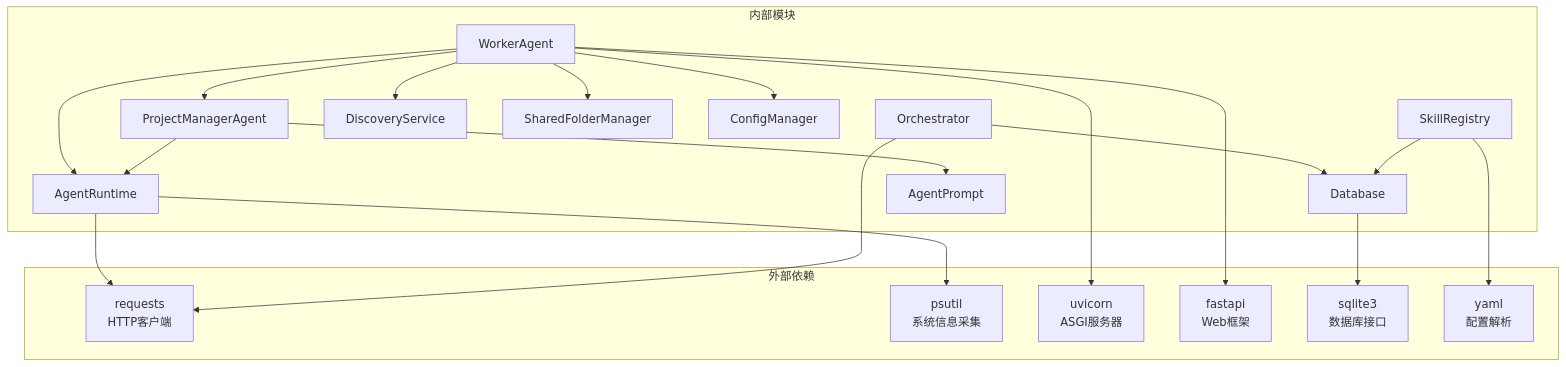
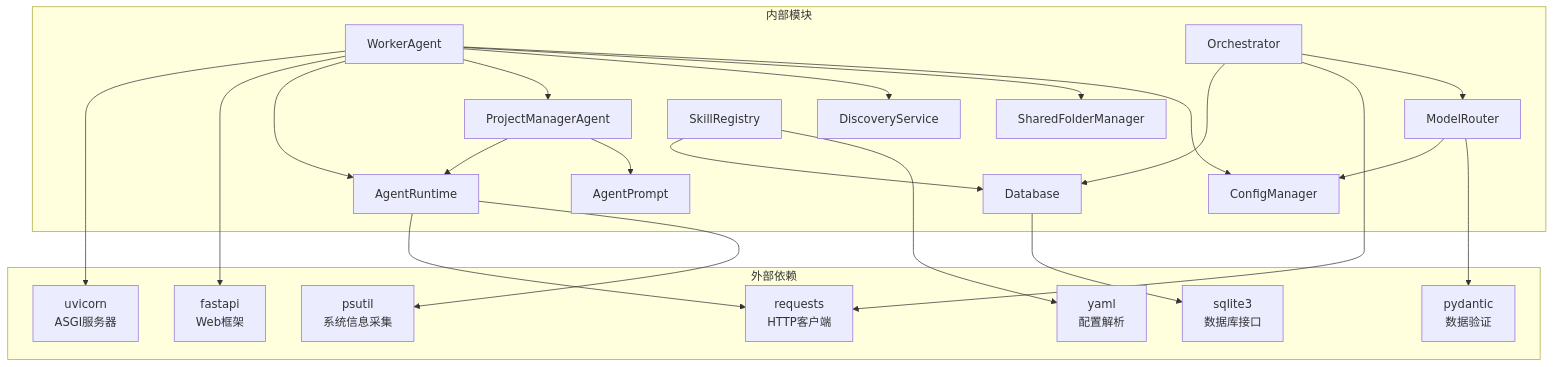
Before and after one commit to targalian/Personal-distributed-workstation: diagram 16 of 17 in .qoder/repowiki/zh/content/架构设计/Worker 代理/Agent 能力声明系统/Agent 运行时管理.md, drawn with Mermaid. The commit also changed other lines of this file and 64 other files, not shown here.

````diff
--- a/.qoder/repowiki/zh/content/架构设计/Worker 代理/Agent 能力声明系统/Agent 运行时管理.md
+++ b/.qoder/repowiki/zh/content/架构设计/Worker 代理/Agent 能力声明系统/Agent 运行时管理.md
@@ -591,39 +826,44 @@
 ```mermaid
 graph TB
 subgraph "外部依赖"
 Requests[requests<br/>HTTP客户端]
 Psutil[psutil<br/>系统信息采集]
 Uvicorn[uvicorn<br/>ASGI服务器]
 FastAPI[fastapi<br/>Web框架]
 Sqlite3[sqlite3<br/>数据库接口]
 YAML[yaml<br/>配置解析]
+Pydantic[pydantic<br/>数据验证]
 end
 subgraph "内部模块"
 AgentRuntime[AgentRuntime]
 WorkerAgent[WorkerAgent]
 Orchestrator[Orchestrator]
 ProjectManagerAgent[ProjectManagerAgent]
+ModelRouter[ModelRouter]
 Database[Database]
 Discovery[DiscoveryService]
 SharedFolder[SharedFolderManager]
 Config[ConfigManager]
 SkillRegistry[SkillRegistry]
 AgentPrompt[AgentPrompt]
 end
 AgentRuntime --> Requests
 AgentRuntime --> Psutil
 WorkerAgent --> Uvicorn
 WorkerAgent --> FastAPI
 WorkerAgent --> AgentRuntime
 WorkerAgent --> ProjectManagerAgent
 ProjectManagerAgent --> AgentRuntime
 ProjectManagerAgent --> AgentPrompt
 Orchestrator --> Database
 Orchestrator --> Requests
+Orchestrator --> ModelRouter
+ModelRouter --> Config
+ModelRouter --> Pydantic
 Database --> Sqlite3
 WorkerAgent --> Discovery
 WorkerAgent --> SharedFolder
 WorkerAgent --> Config
 SkillRegistry --> Database
 SkillRegistry --> YAML
 ```
````
